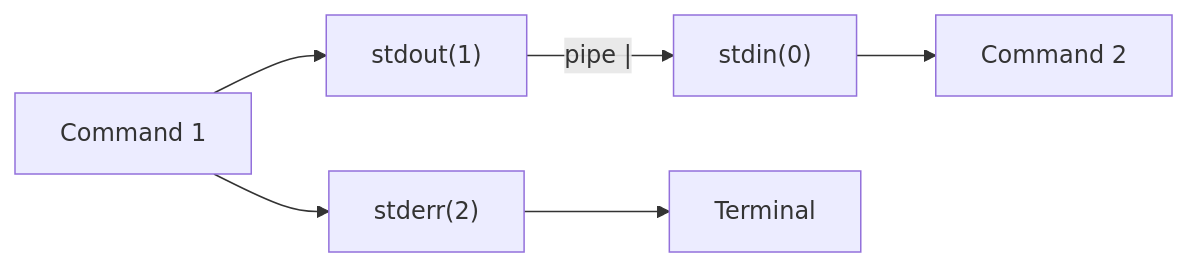
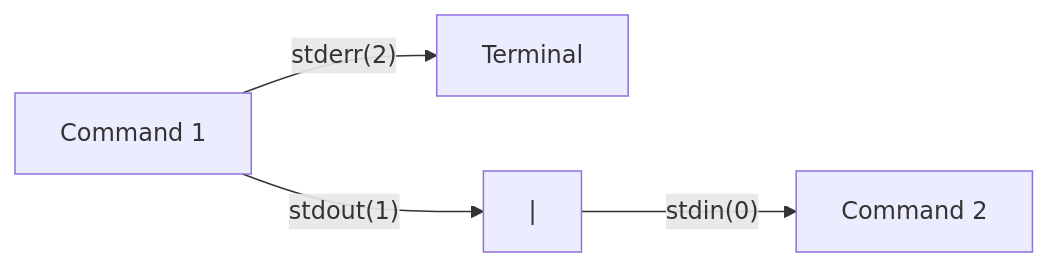
Before and after one commit to apcamargo/starlight-test: the diagram in src/content/docs/guides/linux.mdx, drawn with Mermaid. The commit also changed other lines of this file, not shown here.

````diff
--- a/src/content/docs/guides/linux.mdx
+++ b/src/content/docs/guides/linux.mdx
@@ -61,15 +61,10 @@
 ```mermaid
 graph LR
-    CMD1["Command 1"]
-    STDOUT["stdout(1)"]
-    STDIN["stdin(0)"]
+    CMD1["Command 1"] 
     CMD2["Command 2"]
-    STDERR["stderr(2)"]
     TERM["Terminal"]
     
-    CMD1 --> STDOUT
-    STDOUT -->|"pipe |"| STDIN
-    STDIN --> CMD2
-    CMD1 --> STDERR
-    STDERR --> TERM
+    CMD1 -->|"stdout(1)"| PIPE["|"]
+    PIPE -->|"stdin(0)"| CMD2
+    CMD1 -->|"stderr(2)"| TERM
 ```
````
